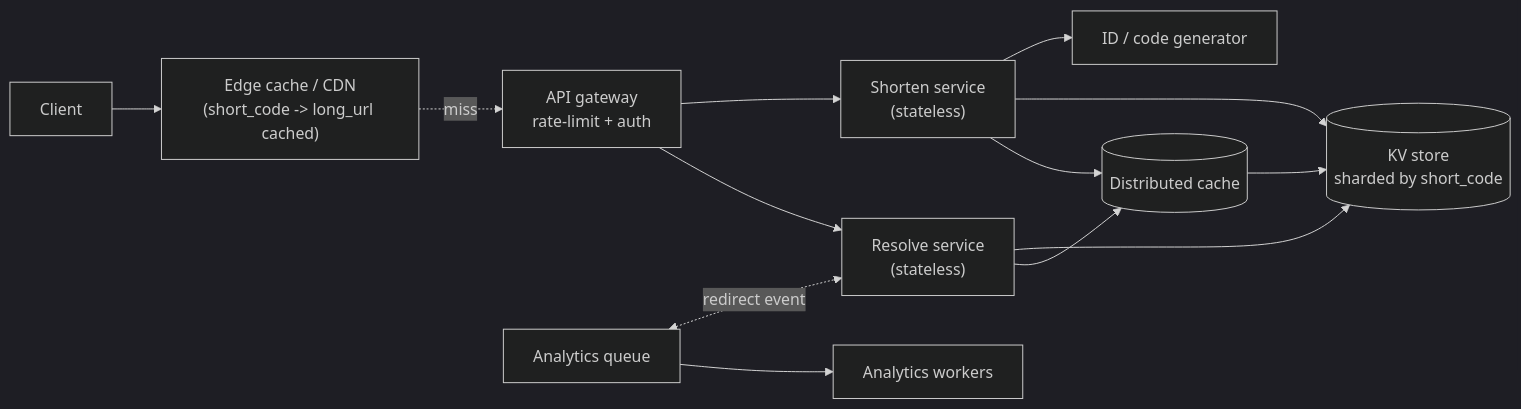
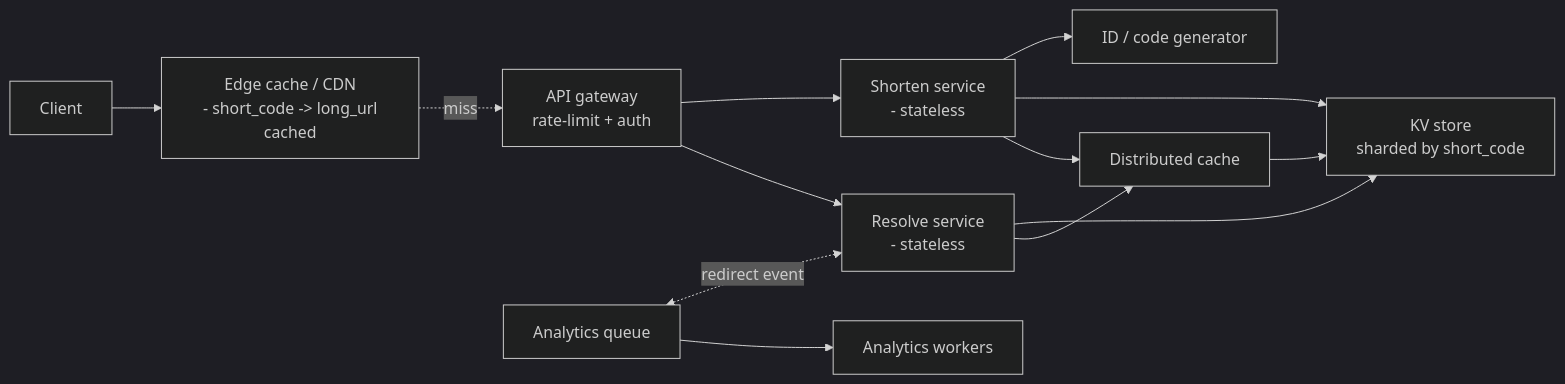
The diagram in diagrams/case-studies/url-shortener/context.mmd (RIT-MESH/system-design-mastery), drawn with Mermaid (dark theme) before and after one commit. The commit also changed 139 other files, not shown here.

First line of the commit message:
Fix Mermaid parse errors: replace parentheses in node labels across 140 files

```diff
--- a/diagrams/case-studies/url-shortener/context.mmd
+++ b/diagrams/case-studies/url-shortener/context.mmd
@@ -1,15 +1,15 @@
 %% created-for: system-design-mastery
 %% url-shortener high-level context
 flowchart LR
-  Client --> CDN["Edge cache / CDN<br/>(short_code -> long_url cached)"]
+  Client --> CDN["Edge cache / CDN<br/> - short_code -> long_url cached"]
   CDN -.miss.-> GW["API gateway<br/>rate-limit + auth"]
-  GW --> Shorten["Shorten service<br/>(stateless)"]
-  GW --> Resolve["Resolve service<br/>(stateless)"]
+  GW --> Shorten["Shorten service<br/> - stateless"]
+  GW --> Resolve["Resolve service<br/> - stateless"]
   Shorten --> IDS["ID / code generator"]
-  Shorten --> DB[("KV store<br/>sharded by short_code")]
+  Shorten --> DB["KV store<br/>sharded by short_code"]
   Resolve --> DB
-  Resolve --> Cache[("Distributed cache")]
+  Resolve --> Cache["Distributed cache"]
   Cache --> DB
   Shorten --> Cache
   AnalyticsQ["Analytics queue"] <-. redirect event .-> Resolve
   AnalyticsQ --> Workers["Analytics workers"]
```
